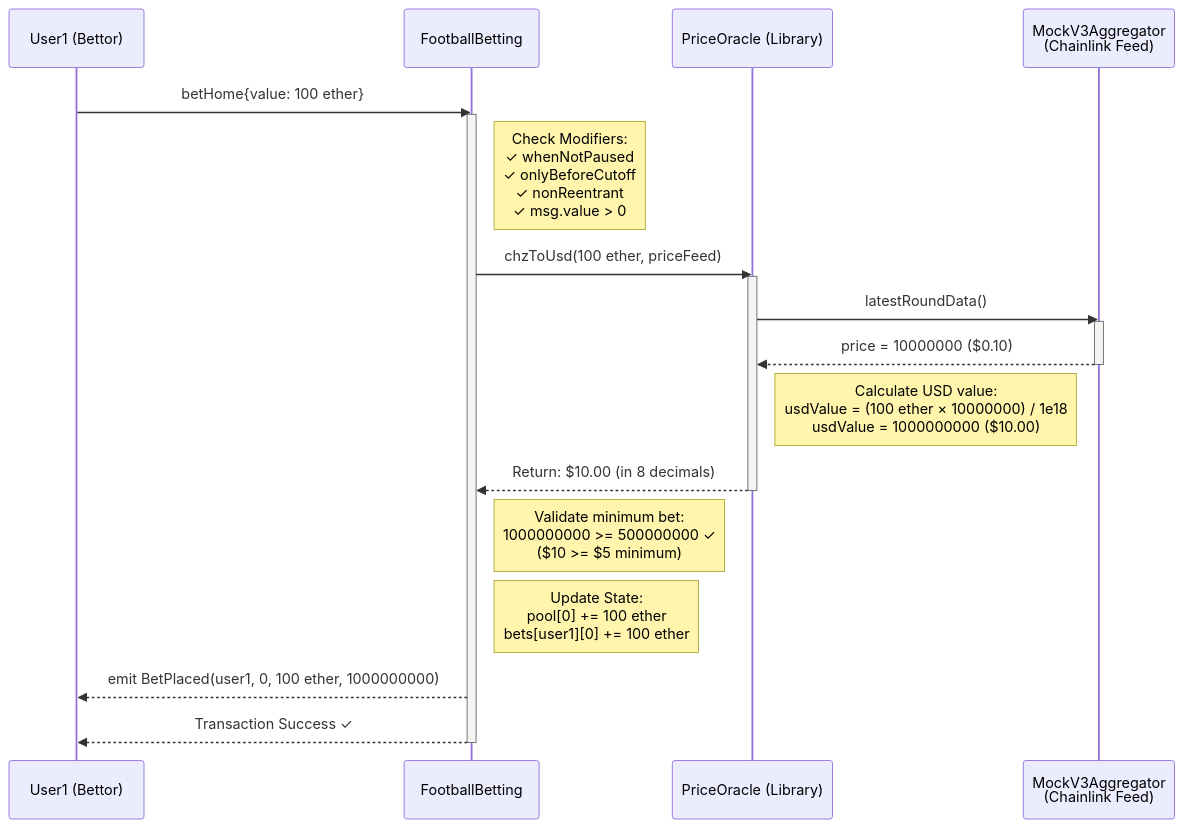
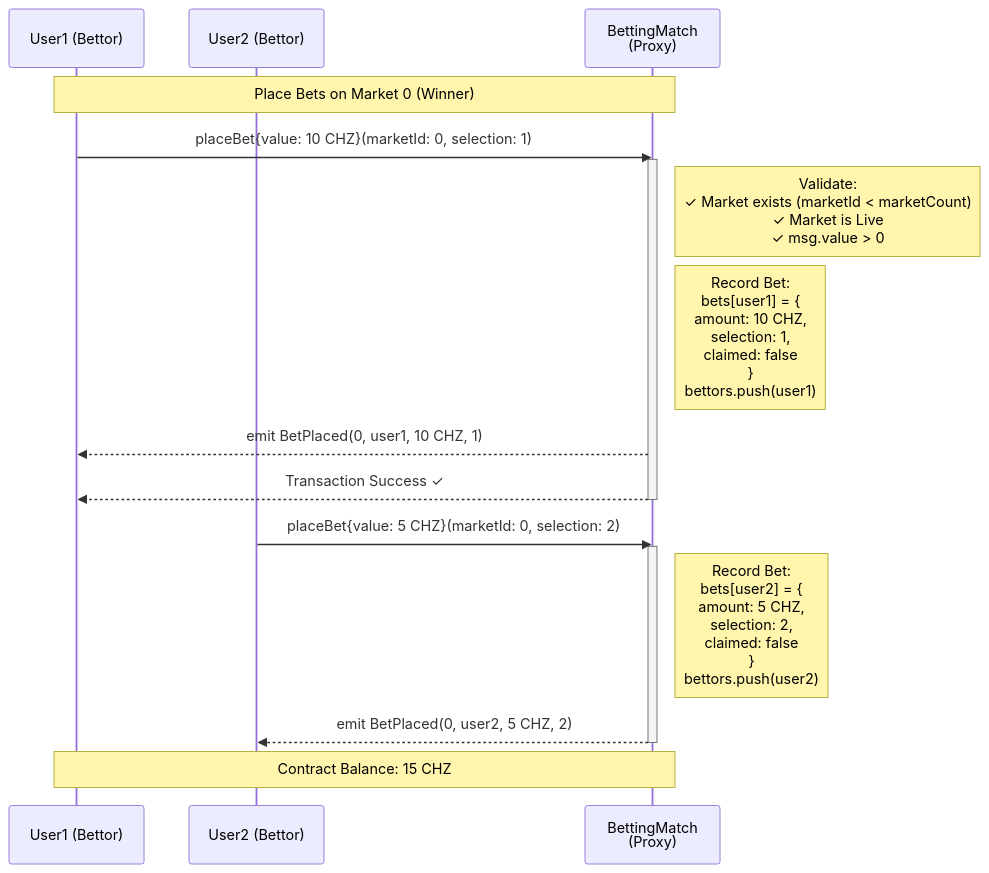
The second of 11 diagrams in SEQUENCE_DIAGRAM.md (ChilizTV/smart-contracts), drawn with Mermaid before and after one commit. The commit also changed other lines of this file and 25 other files, not shown here.

````diff
--- a/SEQUENCE_DIAGRAM.md
+++ b/SEQUENCE_DIAGRAM.md
@@ -54,33 +64,29 @@
 ```mermaid
 sequenceDiagram
     participant User1 as User1 (Bettor)
-    participant Contract as FootballBetting
-    participant Oracle as PriceOracle (Library)
-    participant Chainlink as MockV3Aggregator<br/>(Chainlink Feed)
+    participant User2 as User2 (Bettor)
+    participant Match as BettingMatch<br/>(Proxy)
 
-    User1->>Contract: betHome{value: 100 ether}
-    activate Contract
+    Note over User1,Match: Place Bets on Market 0 (Winner)
+
+    User1->>Match: placeBet{value: 10 CHZ}(marketId: 0, selection: 1)
+    activate Match
     
-    Note right of Contract: Check Modifiers:<br/>✓ whenNotPaused<br/>✓ onlyBeforeCutoff<br/>✓ nonReentrant<br/>✓ msg.value > 0
+    Note right of Match: Validate:<br/>✓ Market exists (marketId < marketCount)<br/>✓ Market is Live<br/>✓ msg.value > 0
     
-    Contract->>Oracle: chzToUsd(100 ether, priceFeed)
-    activate Oracle
+    Note right of Match: Record Bet:<br/>bets[user1] = {<br/>  amount: 10 CHZ,<br/>  selection: 1,<br/>  claimed: false<br/>}<br/>bettors.push(user1)
     
-    Oracle->>Chainlink: latestRoundData()
-    activate Chainlink
-    Chainlink-->>Oracle: price = 10000000 ($0.10)
-    deactivate Chainlink
+    Match-->>User1: emit BetPlaced(0, user1, 10 CHZ, 1)
+    Match-->>User1: Transaction Success ✓
+    deactivate Match
     
-    Note right of Oracle: Calculate USD value:<br/>usdValue = (100 ether × 10000000) / 1e18<br/>usdValue = 1000000000 ($10.00)
+    User2->>Match: placeBet{value: 5 CHZ}(marketId: 0, selection: 2)
+    activate Match
     
-    Oracle-->>Contract: Return: $10.00 (in 8 decimals)
-    deactivate Oracle
+    Note right of Match: Record Bet:<br/>bets[user2] = {<br/>  amount: 5 CHZ,<br/>  selection: 2,<br/>  claimed: false<br/>}<br/>bettors.push(user2)
     
-    Note right of Contract: Validate minimum bet:<br/>1000000000 >= 500000000 ✓<br/>($10 >= $5 minimum)
+    Match-->>User2: emit BetPlaced(0, user2, 5 CHZ, 2)
+    deactivate Match
     
-    Note right of Contract: Update State:<br/>pool[0] += 100 ether<br/>bets[user1][0] += 100 ether
-    
-    Contract-->>User1: emit BetPlaced(user1, 0, 100 ether, 1000000000)
-    Contract-->>User1: Transaction Success ✓
-    deactivate Contract
+    Note over User1,Match: Contract Balance: 15 CHZ
 ```
````
